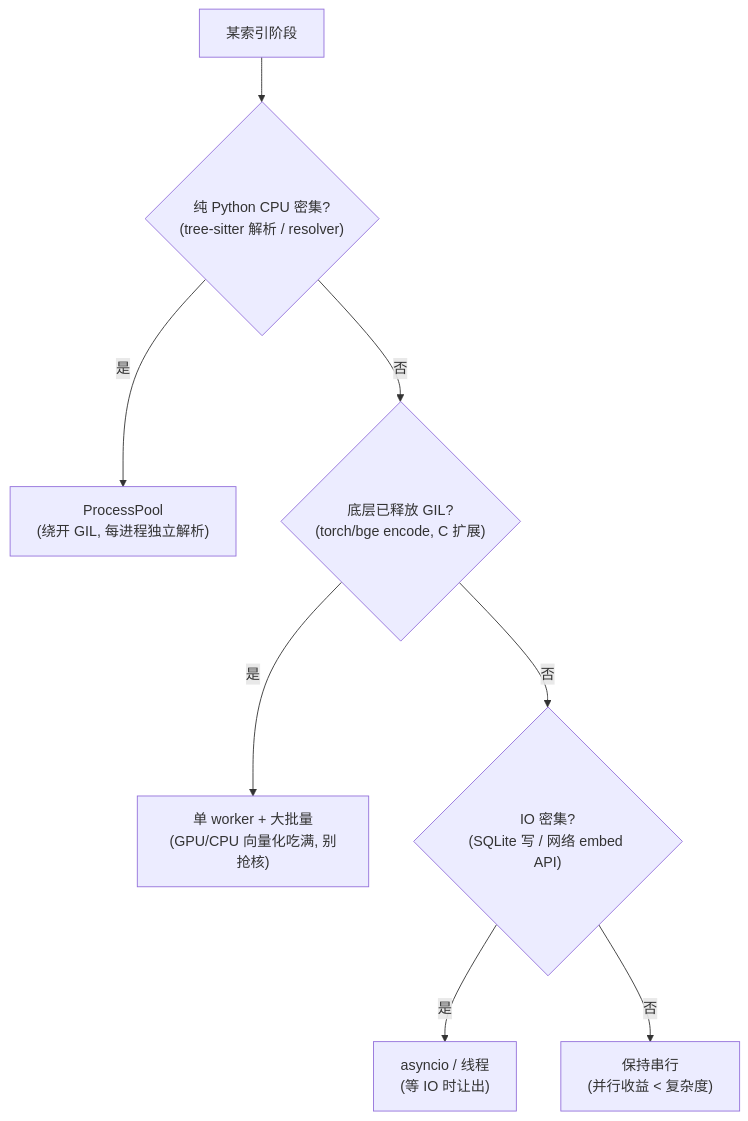
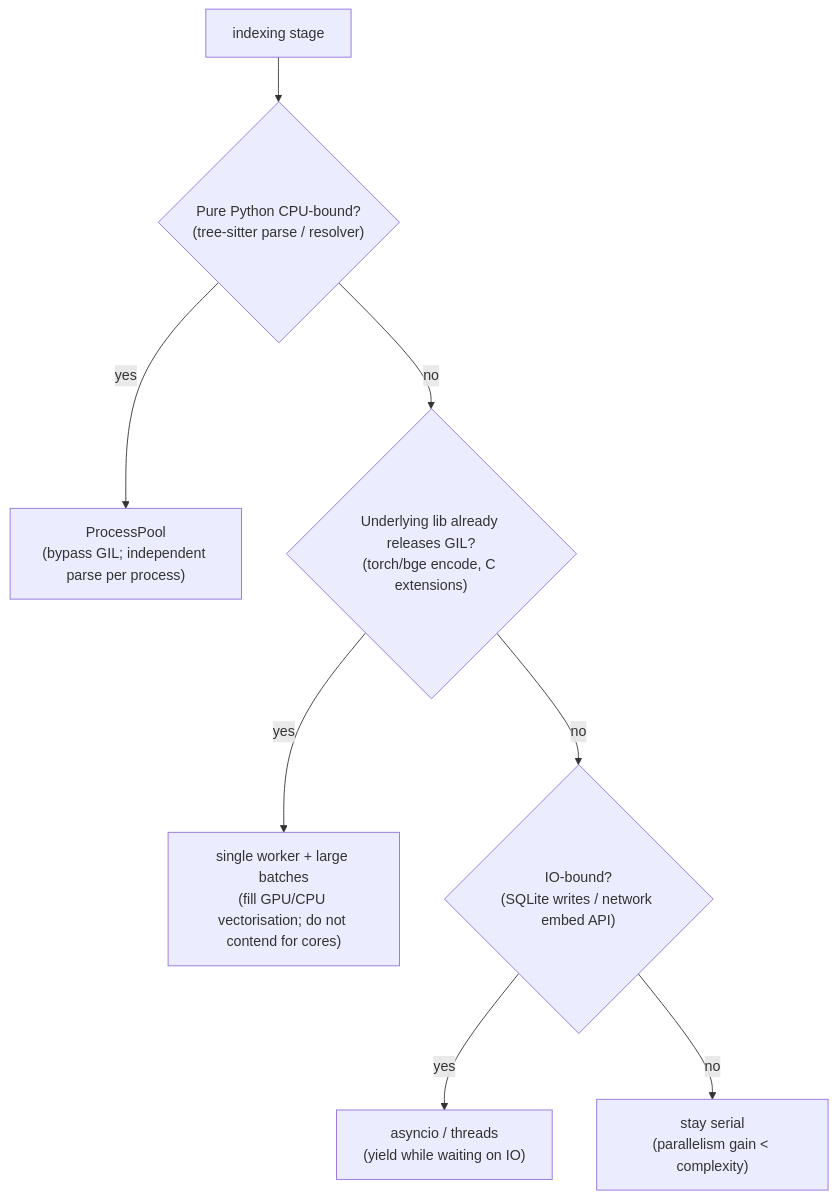
One commit to AndyUneducated/repo-sage changed the third of 3 diagrams in docs/plans/phase-6-scale-out.md. Above: the diagram before and after it, drawn with Mermaid. The commit also changed other lines of this file and 14 other files, not shown here.

````diff
--- a/docs/plans/phase-6-scale-out.md
+++ b/docs/plans/phase-6-scale-out.md
@@ -112,10 +112,10 @@
 ```mermaid
 flowchart TD
-  S["某索引阶段"] --> Q1{"纯 Python CPU 密集?<br/>(tree-sitter 解析 / resolver)"}
-  Q1 -- 是 --> PP["ProcessPool<br/>(绕开 GIL, 每进程独立解析)"]
-  Q1 -- 否 --> Q2{"底层已释放 GIL?<br/>(torch/bge encode, C 扩展)"}
-  Q2 -- 是 --> TH["单 worker + 大批量<br/>(GPU/CPU 向量化吃满, 别抢核)"]
-  Q2 -- 否 --> Q3{"IO 密集?<br/>(SQLite 写 / 网络 embed API)"}
-  Q3 -- 是 --> AS["asyncio / 线程<br/>(等 IO 时让出)"]
-  Q3 -- 否 --> SEQ["保持串行<br/>(并行收益 < 复杂度)"]
+  S["indexing stage"] --> Q1{"Pure Python CPU-bound?<br/>(tree-sitter parse / resolver)"}
+  Q1 -- yes --> PP["ProcessPool<br/>(bypass GIL; independent parse per process)"]
+  Q1 -- no --> Q2{"Underlying lib already releases GIL?<br/>(torch/bge encode, C extensions)"}
+  Q2 -- yes --> TH["single worker + large batches<br/>(fill GPU/CPU vectorisation; do not contend for cores)"]
+  Q2 -- no --> Q3{"IO-bound?<br/>(SQLite writes / network embed API)"}
+  Q3 -- yes --> AS["asyncio / threads<br/>(yield while waiting on IO)"]
+  Q3 -- no --> SEQ["stay serial<br/>(parallelism gain < complexity)"]
 ```
````
